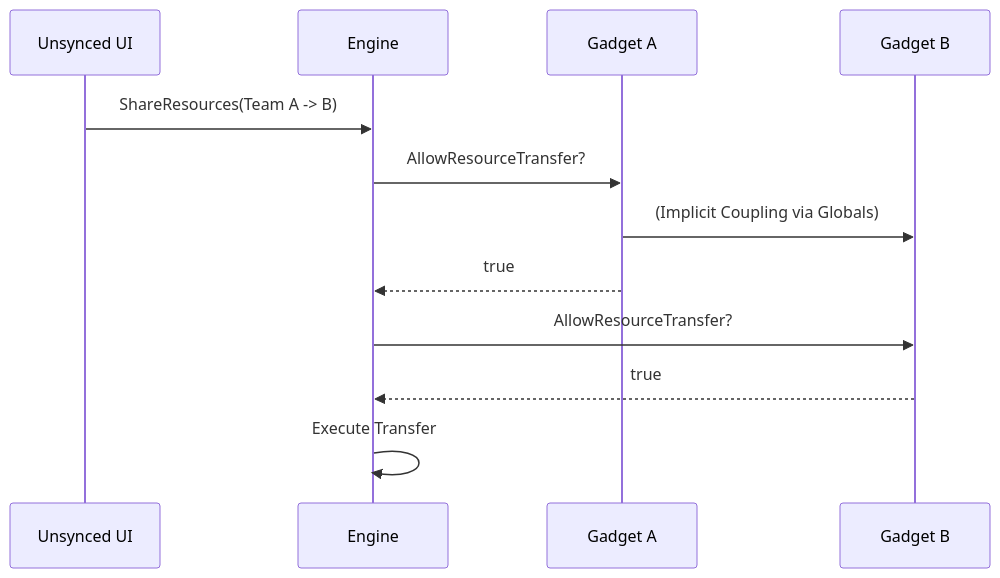
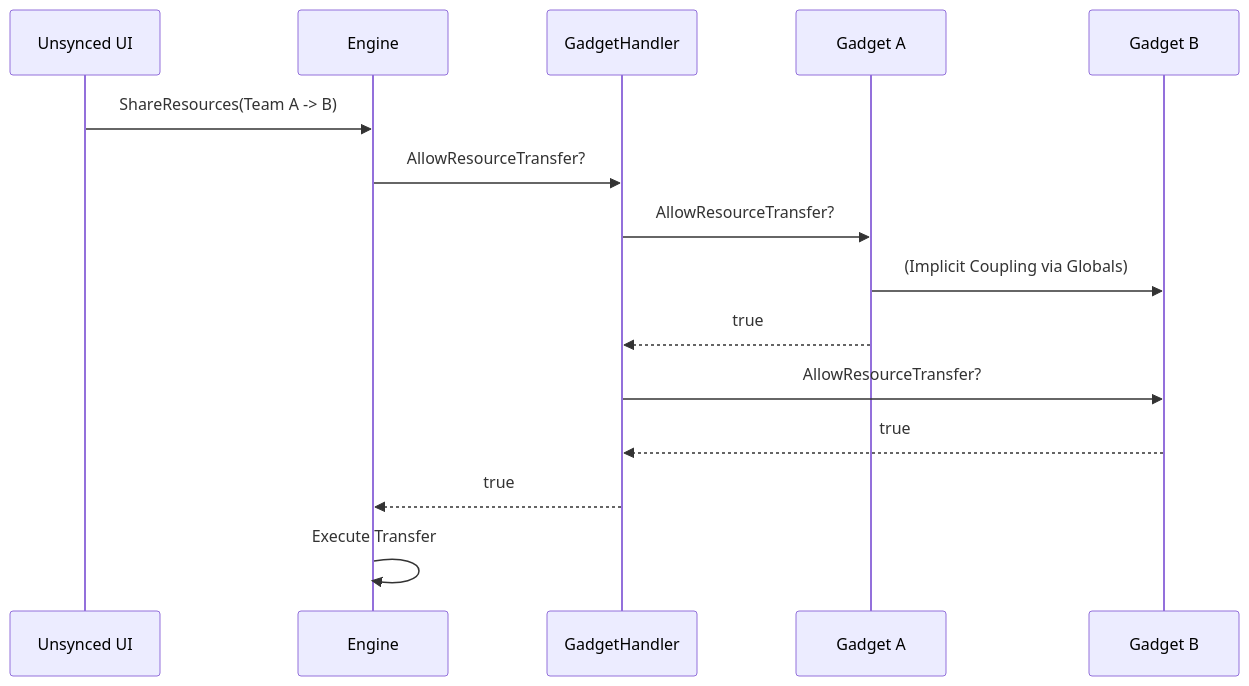
Before and after one commit to keithharvey/bar-design-docs: the second of 6 diagrams in game_economy/explain_policies.md, drawn with Mermaid. The commit also changed other lines of this file, not shown here.

````diff
--- a/game_economy/explain_policies.md
+++ b/game_economy/explain_policies.md
@@ -70,15 +72,18 @@
 ```mermaid
 sequenceDiagram
     participant UI as Unsynced UI
     participant Eng as Engine
+    participant GH as GadgetHandler
     participant G1 as Gadget A
     participant G2 as Gadget B
 
     UI->>Eng: ShareResources(Team A -> B)
-    Eng->>G1: AllowResourceTransfer?
+    Eng->>GH: AllowResourceTransfer?
+    GH->>G1: AllowResourceTransfer?
     G1->>G2: (Implicit Coupling via Globals)
-    G1-->>Eng: true
-    Eng->>G2: AllowResourceTransfer?
-    G2-->>Eng: true
+    G1-->>GH: true
+    GH->>G2: AllowResourceTransfer?
+    G2-->>GH: true
+    GH-->>Eng: true
     Eng->>Eng: Execute Transfer
 ```
````
